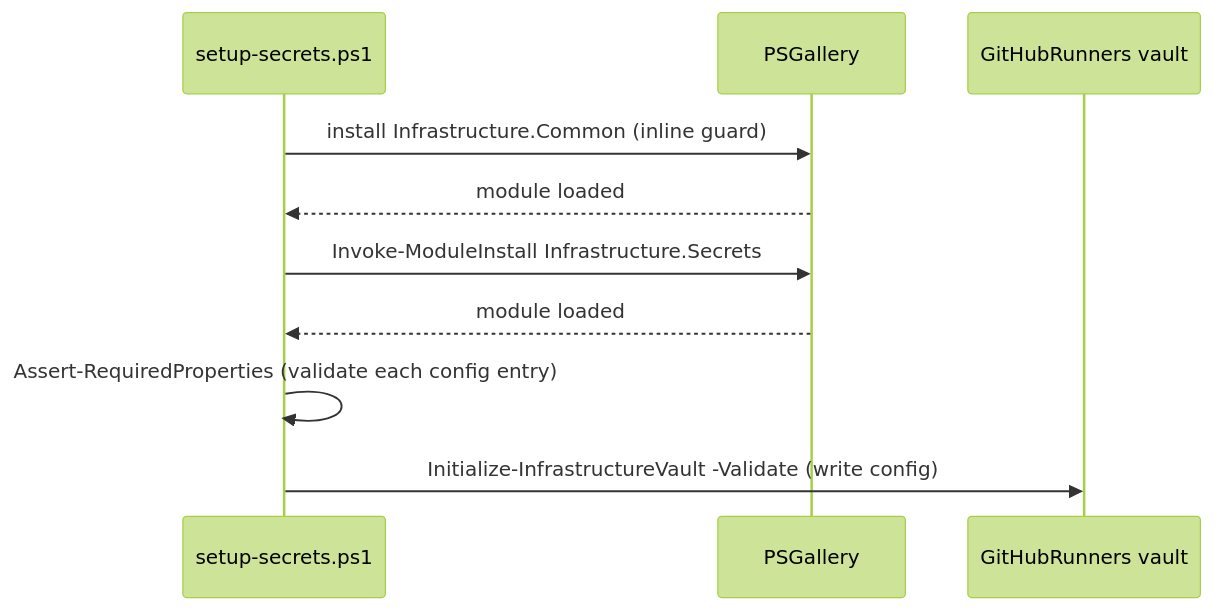
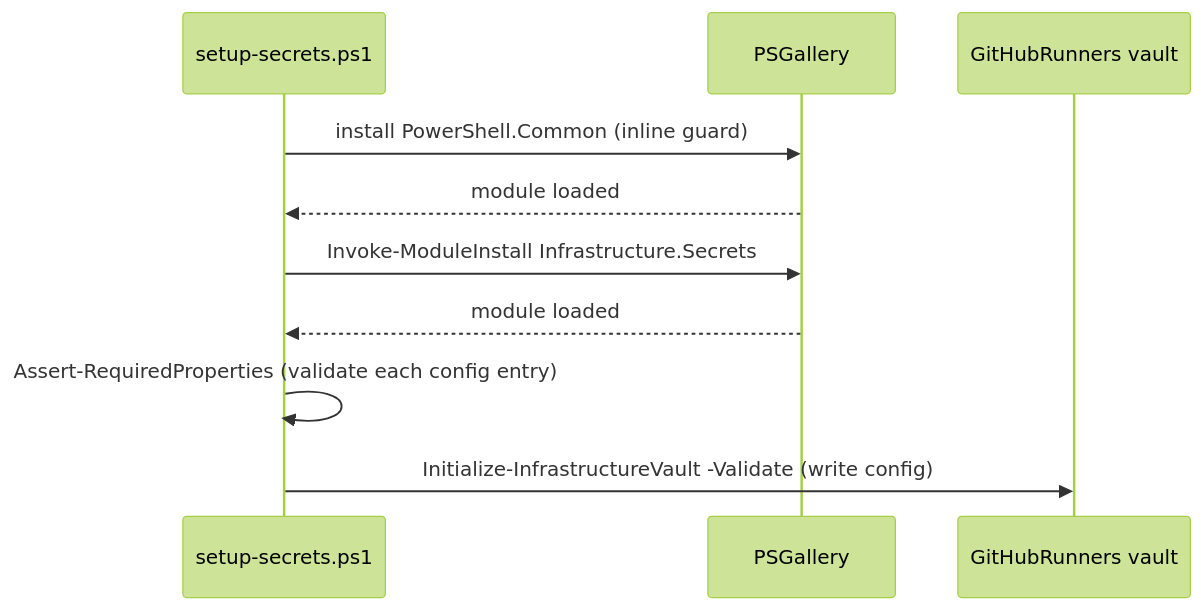
The first of 4 diagrams in docs/dev/implementation/01 - initial implementation/plan.md (VitaliiAndreev/Infrastructure-GitHubRunners), drawn with Mermaid (forest theme) before and after one commit. The commit also changed other lines of this file and 36 other files, not shown here.

````diff
--- a/docs/dev/implementation/01 - initial implementation/plan.md
+++ b/docs/dev/implementation/01 - initial implementation/plan.md
@@ -143,13 +143,13 @@
 ```mermaid
 sequenceDiagram
     participant SS as setup-secrets.ps1
     participant PSG as PSGallery
     participant V as GitHubRunners vault
 
-    SS->>PSG: install Infrastructure.Common (inline guard)
+    SS->>PSG: install PowerShell.Common (inline guard)
     PSG-->>SS: module loaded
     SS->>PSG: Invoke-ModuleInstall Infrastructure.Secrets
     PSG-->>SS: module loaded
     SS->>SS: Assert-RequiredProperties (validate each config entry)
     SS->>V: Initialize-InfrastructureVault -Validate (write config)
 ```
````
